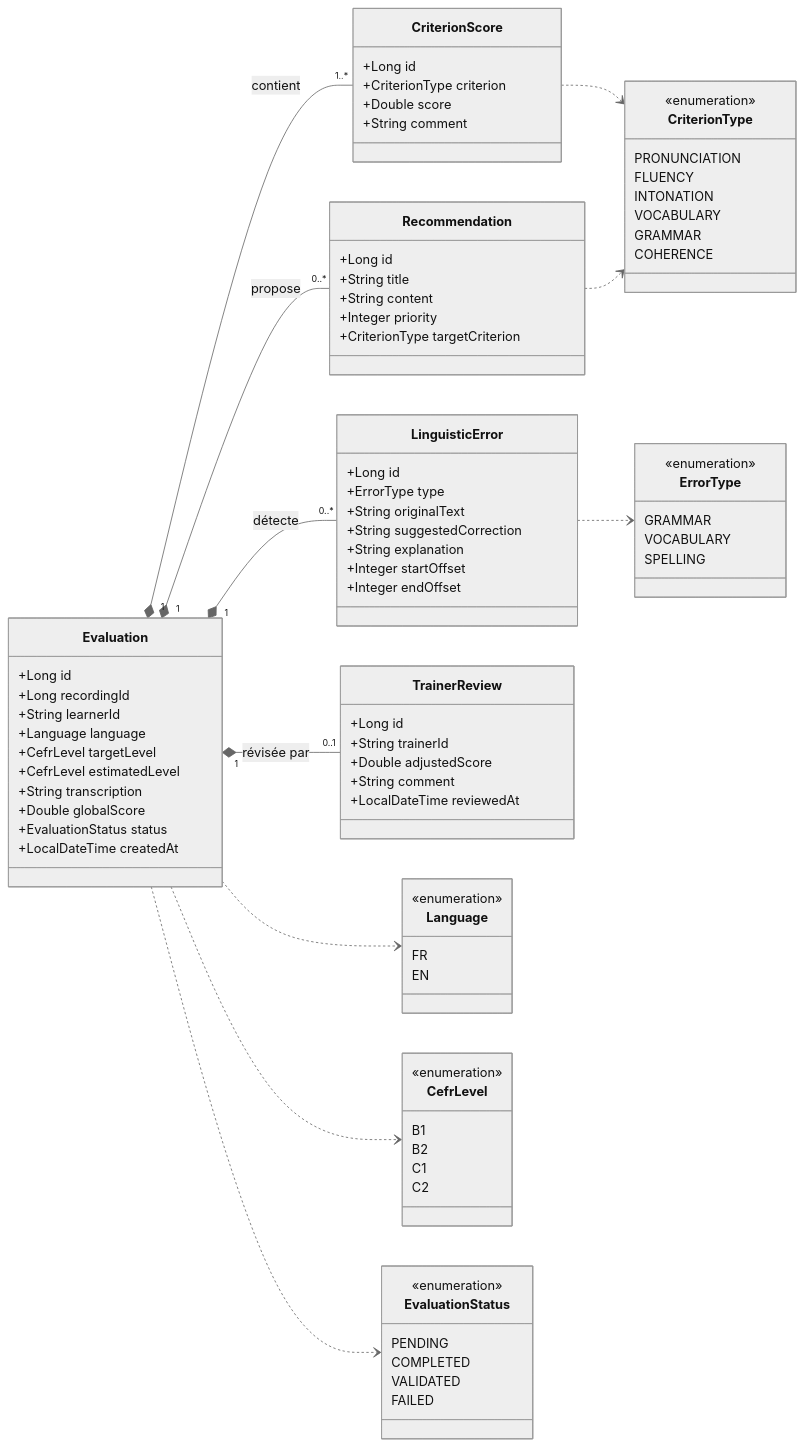
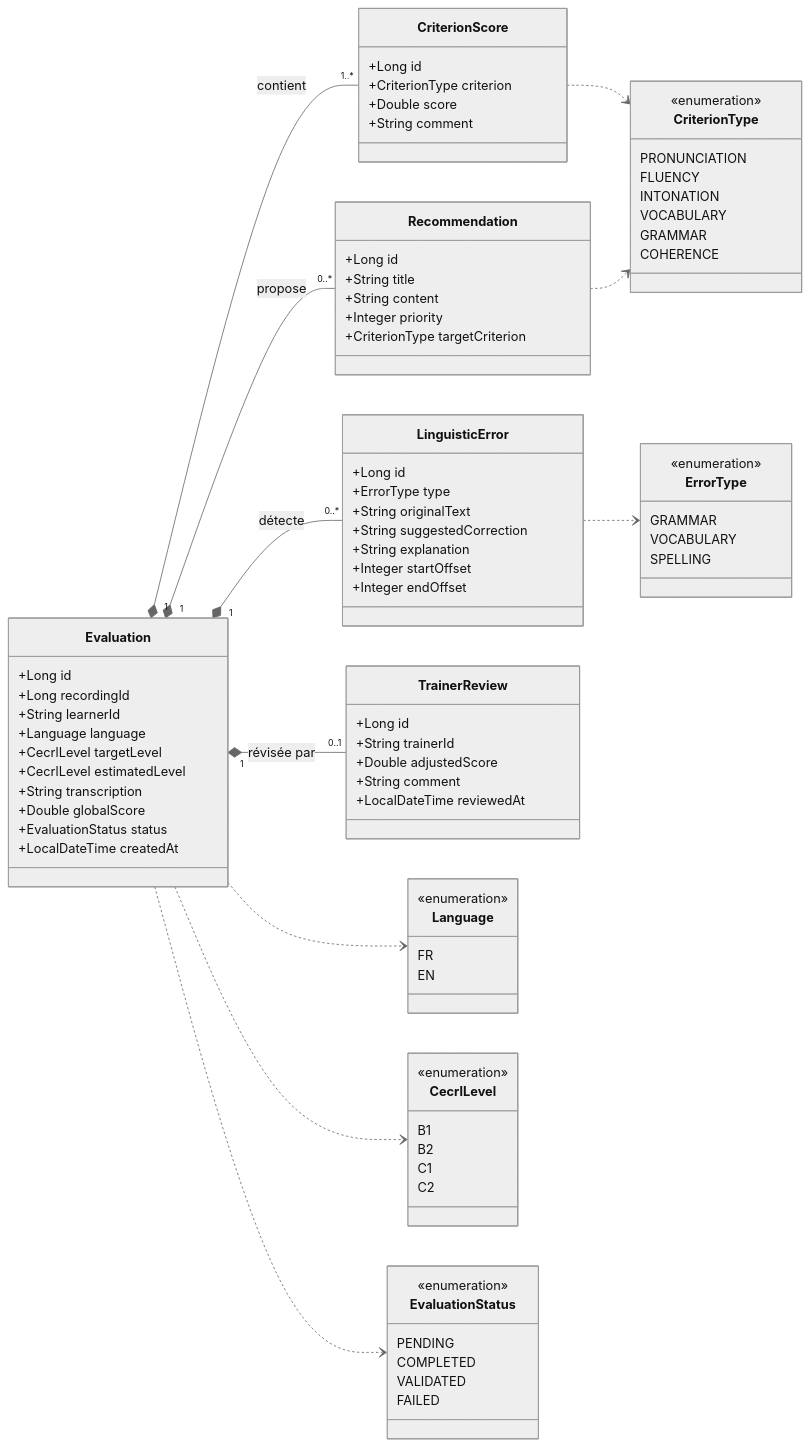
One commit to azizchaabi/SpeakUp-4SSA6-g3 changed the diagram in Documentation/Diagrams/evaluation-feedback-class-diagram.md. Above: the diagram before and after it, drawn with Mermaid (neutral theme).

Commit message:
Ajout du diagramme de classes Evaluation & Feedback corrigé

```diff
--- a/Documentation/Diagrams/evaluation-feedback-class-diagram.md
+++ b/Documentation/Diagrams/evaluation-feedback-class-diagram.md
@@ -13,8 +13,8 @@
   +Long recordingId
   +String learnerId
   +Language language
-  +CefrLevel targetLevel
-  +CefrLevel estimatedLevel
+  +CecrlLevel targetLevel
+  +CecrlLevel estimatedLevel
   +String transcription
   +Double globalScore
   +EvaluationStatus status
@@ -60,7 +60,7 @@
   EN
 }
 
-class CefrLevel {
+class CecrlLevel {
   <<enumeration>>
   B1
   B2
@@ -99,7 +99,7 @@
 Evaluation "1" *-- "0..1" TrainerReview : révisée par
 
 Evaluation ..> Language
-Evaluation ..> CefrLevel
+Evaluation ..> CecrlLevel
 Evaluation ..> EvaluationStatus
 CriterionScore ..> CriterionType
 Recommendation ..> CriterionType
```
